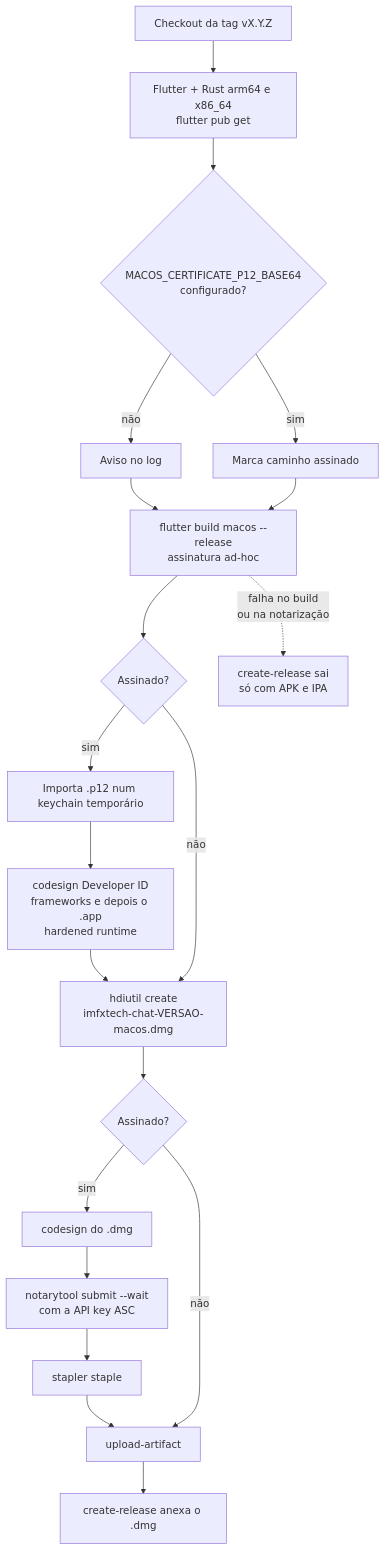
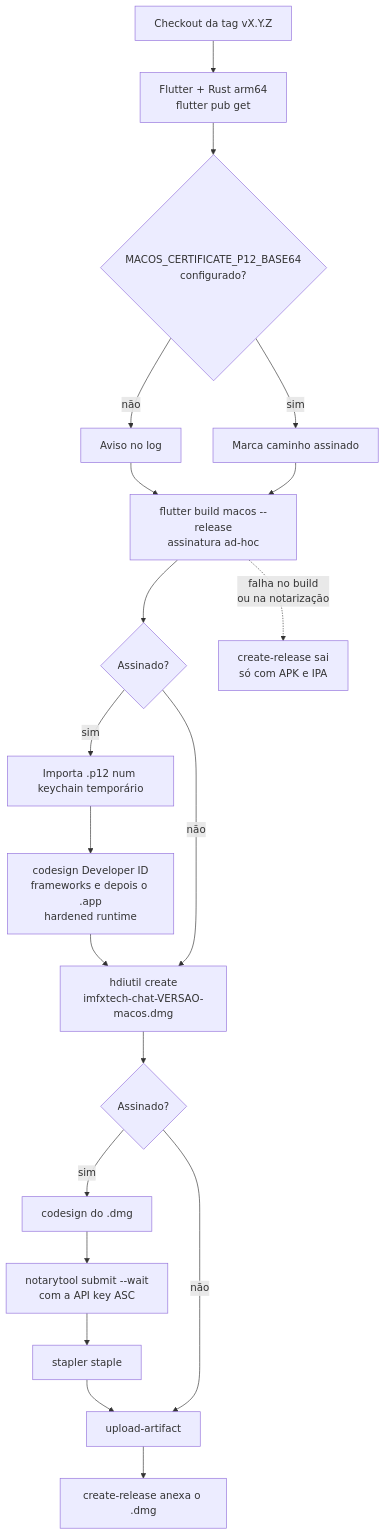
Before and after one commit to marcelofmatos/imfxtech-chat: the second of 3 diagrams in docs/MACOS_RELEASE.md, drawn with Mermaid. The commit also changed other lines of this file and 3 other files, not shown here.

````diff
--- a/docs/MACOS_RELEASE.md
+++ b/docs/MACOS_RELEASE.md
@@ -119,22 +121,22 @@
 ```mermaid
 flowchart TD
-    A["Checkout da tag vX.Y.Z"] --> B["Flutter + Rust arm64 e x86_64<br/>flutter pub get"]
+    A["Checkout da tag vX.Y.Z"] --> B["Flutter + Rust arm64<br/>flutter pub get"]
     B --> C{"MACOS_CERTIFICATE_P12_BASE64<br/>configurado?"}
     C -- não --> W["Aviso no log"]
     C -- sim --> S0["Marca caminho assinado"]
     W --> D["flutter build macos --release<br/>assinatura ad-hoc"]
     S0 --> D
     D --> E{"Assinado?"}
     E -- sim --> F["Importa .p12 num keychain temporário"]
     F --> G["codesign Developer ID<br/>frameworks e depois o .app<br/>hardened runtime"]
     G --> H["hdiutil create<br/>imfxtech-chat-VERSAO-macos.dmg"]
     E -- não --> H
     H --> I{"Assinado?"}
     I -- sim --> J["codesign do .dmg"]
     J --> K["notarytool submit --wait<br/>com a API key ASC"]
     K --> L["stapler staple"]
     L --> M["upload-artifact"]
     I -- não --> M
     M --> N["create-release anexa o .dmg"]
     D -. "falha no build<br/>ou na notarização" .-> X["create-release sai<br/>só com APK e IPA"]
 ```
````
